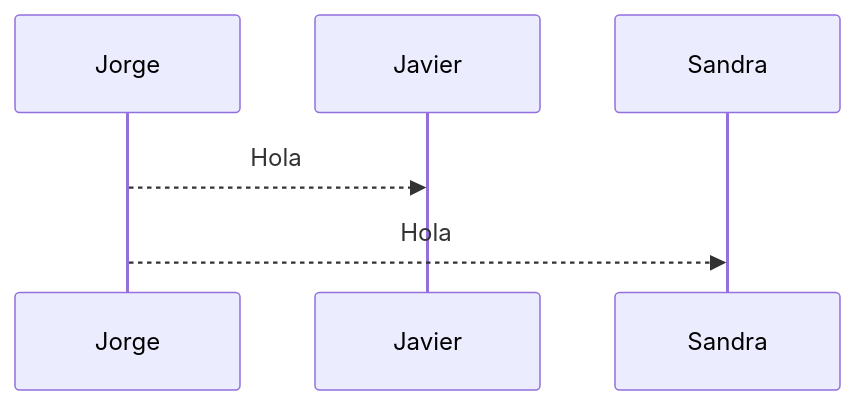
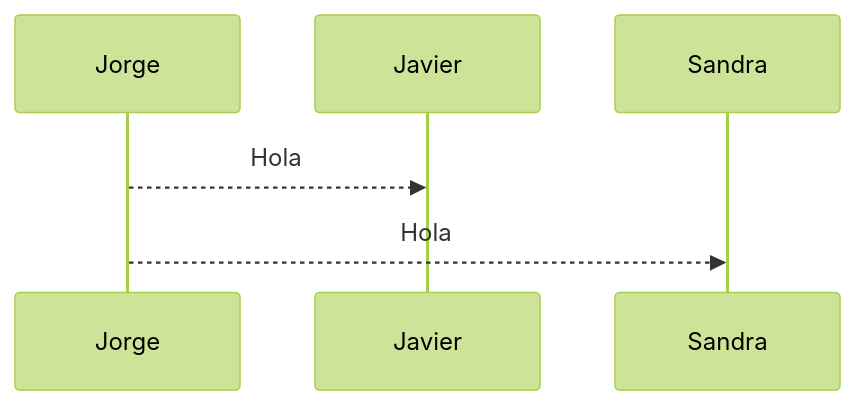
Before and after one commit to juan-jeronimo-cabello/test-DaC: the diagram in README.md, drawn with Mermaid.

Commit message:
testing styles

````diff
--- a/README.md
+++ b/README.md
@@ -4,5 +4,6 @@
 ```mermaid
+%%{init: {'theme': 'forest', "flowchart" : { "curve" : "basis" } } }%%
 sequenceDiagram
     Jorge-->>Javier: Hola
     Jorge-->>Sandra: Hola
 ```
````
